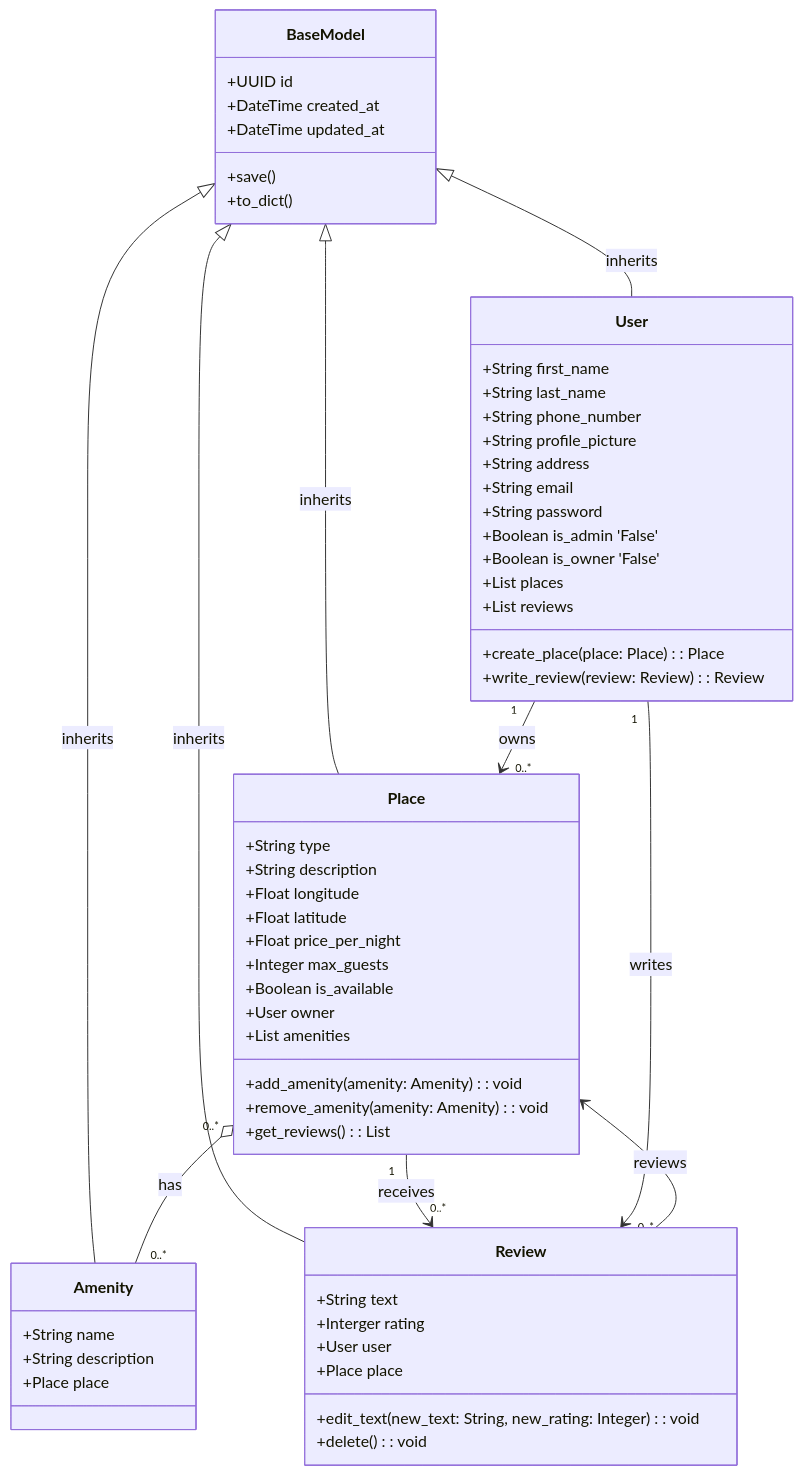
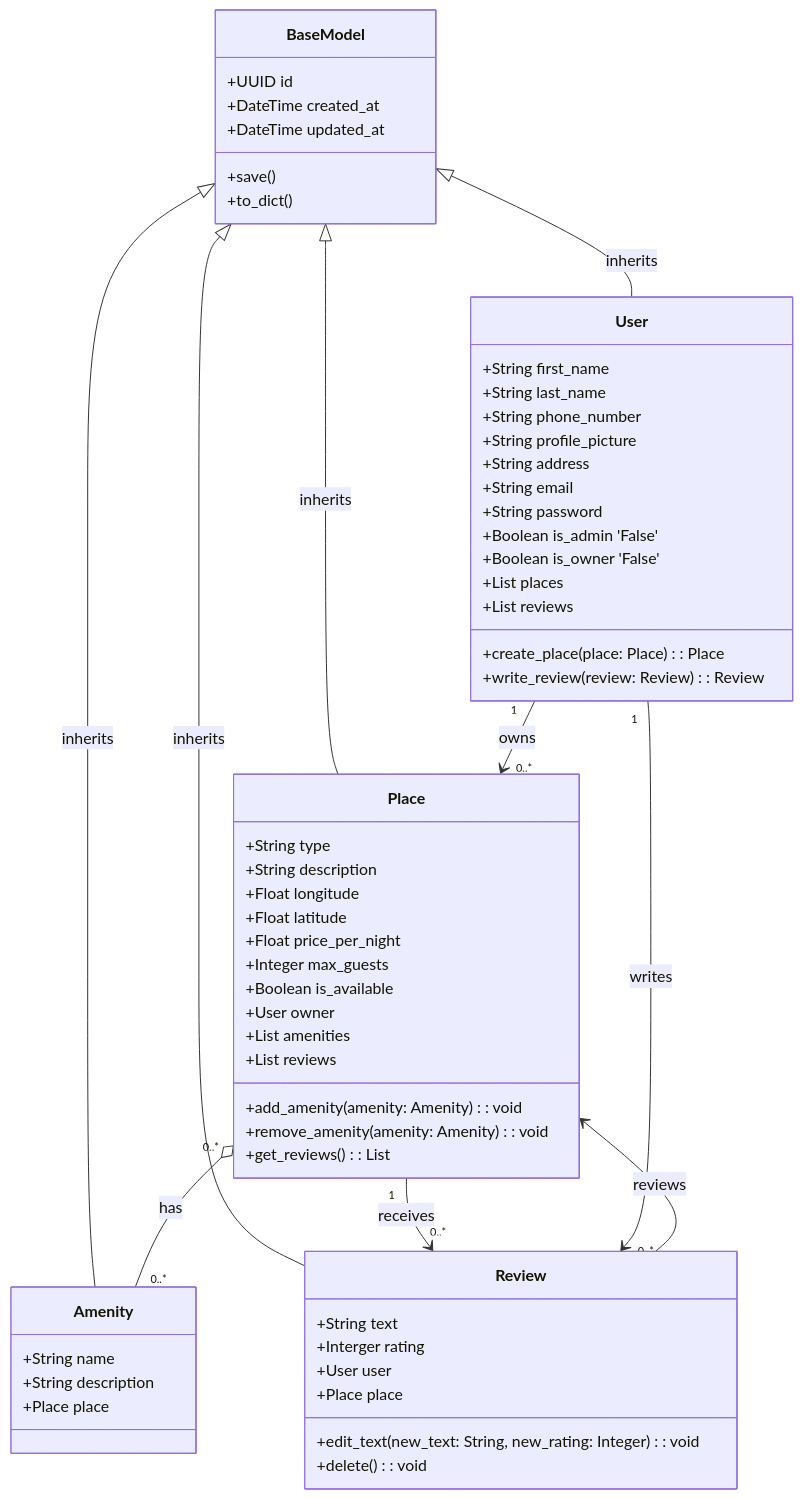
Before and after one commit to ItsZmainDev/holbertonschool-hbnb: the diagram in part1/Detailed Class Diagram for Business Logic Layer.mmd, drawn with Mermaid.

Commit message:
Add review list on place model

```diff
--- a/part1/Detailed Class Diagram for Business Logic Layer.mmd
+++ b/part1/Detailed Class Diagram for Business Logic Layer.mmd
@@ -1,67 +1,68 @@
 classDiagram
     class BaseModel {
         +UUID id
         +DateTime created_at
         +DateTime updated_at
         +save()
         +to_dict()
     }
 
     class User {
         +String first_name
         +String last_name
         +String phone_number
         +String profile_picture
         +String address
         +String email
         +String password
         +Boolean is_admin 'False'
         +Boolean is_owner 'False'
         +List<Place> places
         +List<Review> reviews
         +create_place(place: Place): Place
         +write_review(review: Review): Review
     }
 
     class Place {
         +String type
         +String description
         +Float longitude
         +Float latitude
         +Float price_per_night
         +Integer max_guests
         +Boolean is_available
         +User owner
         +List<Amenity> amenities
+        +List<Review> reviews
         +add_amenity(amenity: Amenity): void
         +remove_amenity(amenity: Amenity): void
         +get_reviews(): List<Review>
     }
 
     class Amenity {
         +String name
         +String description
         +Place place
     }
 
     class Review {
         +String text
         +Interger rating
         +User user
         +Place place
         +edit_text(new_text: String, new_rating: Integer): void
         +delete(): void
     }
 
     %% Inheritance
     BaseModel <|-- User : inherits
     BaseModel <|-- Place : inherits
     BaseModel <|-- Amenity : inherits
     BaseModel <|-- Review : inherits
 
     %% Relationships
     User "1" --> "0..*" Place : owns
     Place "0..*" o-- "0..*" Amenity : has
     Place "1" --> "0..*" Review : receives
     User "1" --> "0..*" Review : writes
     Review --> Place: reviews
```
